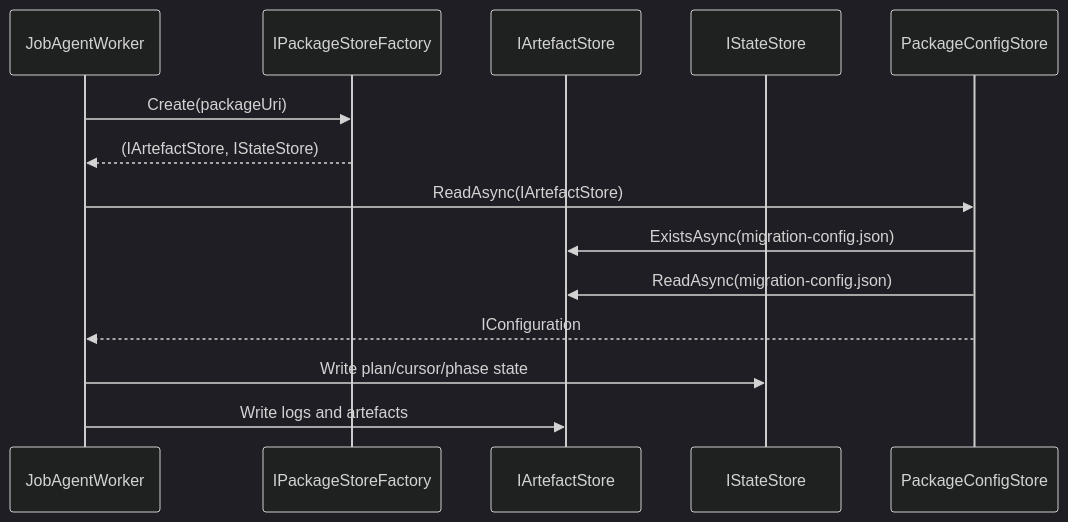
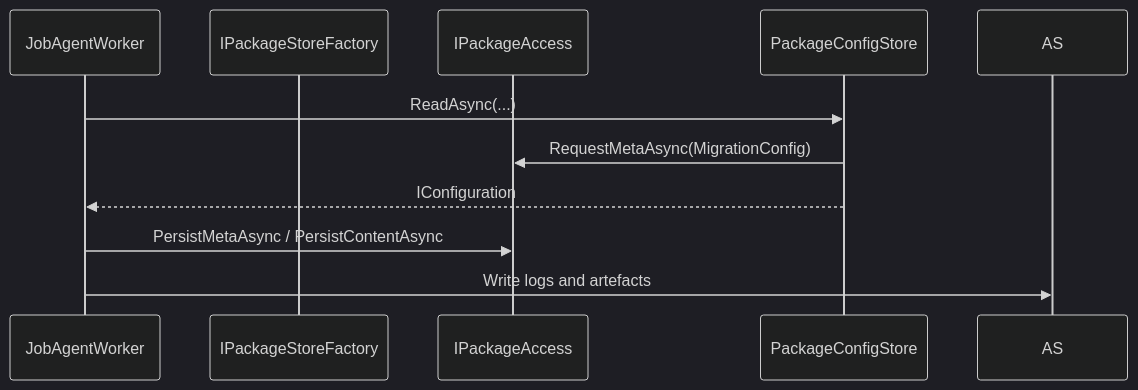
One commit to nkdAgility/azure-devops-migration-platform changed the diagram in .agents/context/architecture/agent-package-persistence.md. Above: the diagram before and after it, drawn with Mermaid (dark theme). The commit also changed 7 other files, not shown here.

Commit message:
refactor: update package access references to IPackageAccess for consistency across documentation and implementation

````diff
--- a/.agents/context/architecture/agent-package-persistence.md
+++ b/.agents/context/architecture/agent-package-persistence.md
@@ -30,17 +30,13 @@
 ```mermaid
 sequenceDiagram
   participant JW as JobAgentWorker
   participant PF as IPackageStoreFactory
-  participant AS as IArtefactStore
-  participant SS as IStateStore
+  participant PA as IPackageAccess
   participant PCS as PackageConfigStore
 
-  JW->>PF: Create(packageUri)
-  PF-->>JW: (IArtefactStore, IStateStore)
-  JW->>PCS: ReadAsync(IArtefactStore)
-  PCS->>AS: ExistsAsync(migration-config.json)
-  PCS->>AS: ReadAsync(migration-config.json)
+  JW->>PCS: ReadAsync(...)
+  PCS->>PA: RequestMetaAsync(MigrationConfig)
   PCS-->>JW: IConfiguration
-  JW->>SS: Write plan/cursor/phase state
+  JW->>PA: PersistMetaAsync / PersistContentAsync
   JW->>AS: Write logs and artefacts
 ```
````
